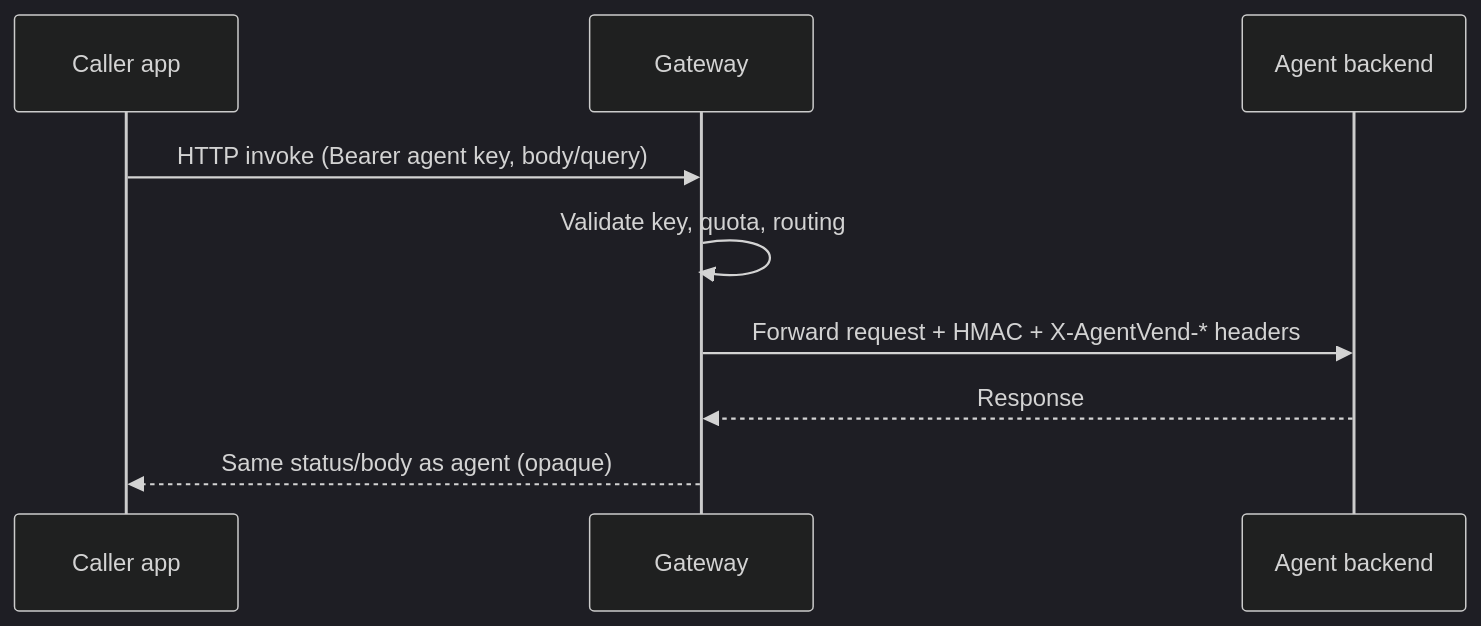
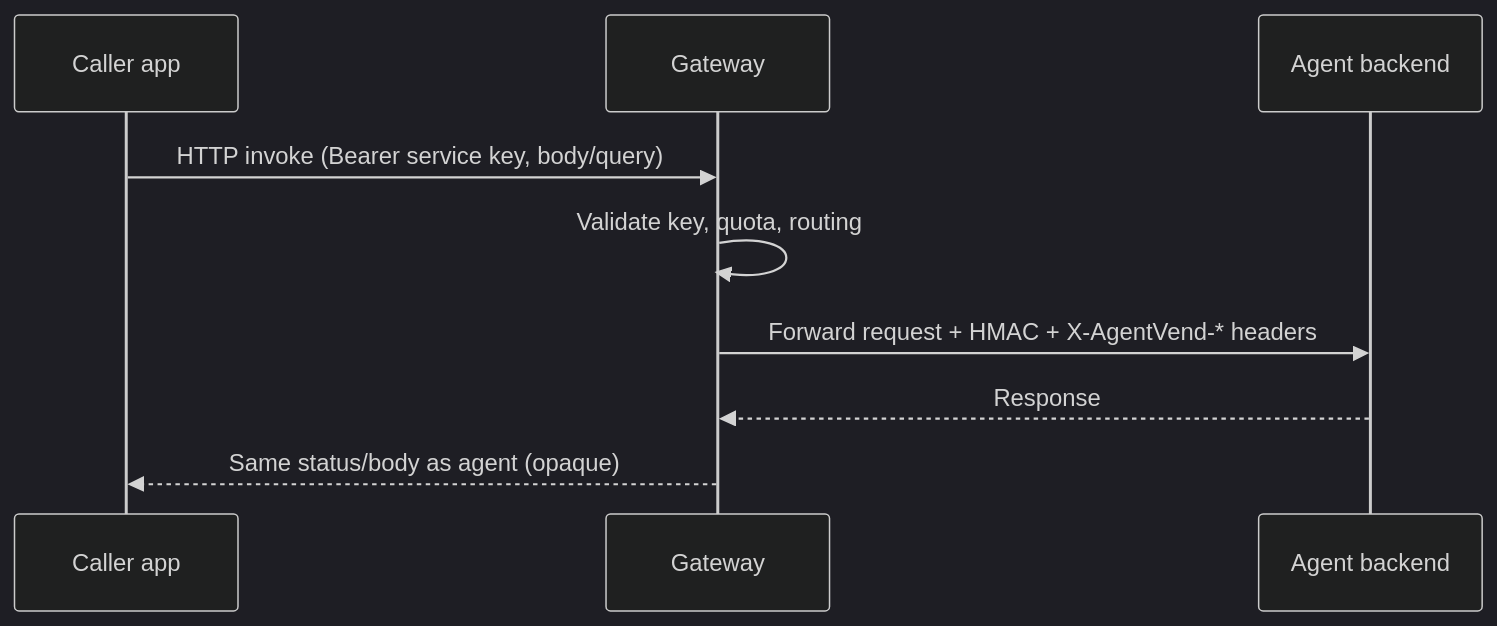
One commit to tollara/tollara-sdk changed the second of 8 diagrams in docs/sdk-callers-and-backends.md. Above: the diagram before and after it, drawn with Mermaid (dark theme). The commit also changed other lines of this file and 97 other files, not shown here.

Commit message:
Terminology update for AgentVend Service SDK

````diff
--- a/docs/sdk-callers-and-backends.md
+++ b/docs/sdk-callers-and-backends.md
@@ -68,12 +68,12 @@
 ```mermaid
 sequenceDiagram
   participant Caller as Caller app
   participant GW as Gateway
   participant Agent as Agent backend
 
-  Caller->>GW: HTTP invoke (Bearer agent key, body/query)
+  Caller->>GW: HTTP invoke (Bearer service key, body/query)
   GW->>GW: Validate key, quota, routing
   GW->>Agent: Forward request + HMAC + X-AgentVend-* headers
   Agent-->>GW: Response
   GW-->>Caller: Same status/body as agent (opaque)
 ```
````
